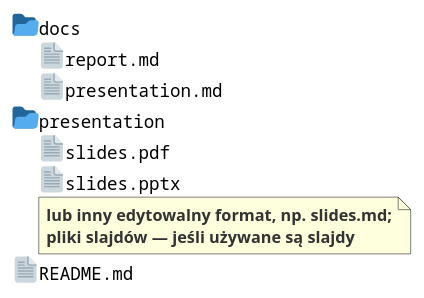
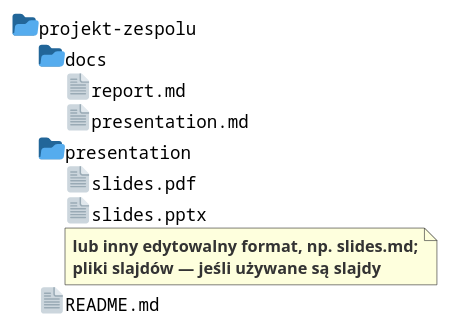
One commit to wgalka/SIwZ-Engineering-Project changed the diagram in assets/diagrams/lab8-files.puml. Above: the diagram before and after it, drawn with PlantUML. The commit also changed 21 other files, not shown here.

```diff
--- a/assets/diagrams/lab8-files.puml
+++ b/assets/diagrams/lab8-files.puml
@@ -1,11 +1,11 @@
 @startfiles
-/docs/report.md
-/docs/presentation.md
-/presentation/slides.pdf
-/presentation/slides.pptx
+/projekt-zespolu/docs/report.md
+/projekt-zespolu/docs/presentation.md
+/projekt-zespolu/presentation/slides.pdf
+/projekt-zespolu/presentation/slides.pptx
 <note>
 lub inny edytowalny format, np. slides.md;
 pliki slajdów — jeśli używane są slajdy
 </note>
-/README.md
+/projekt-zespolu/README.md
 @endfiles
```
